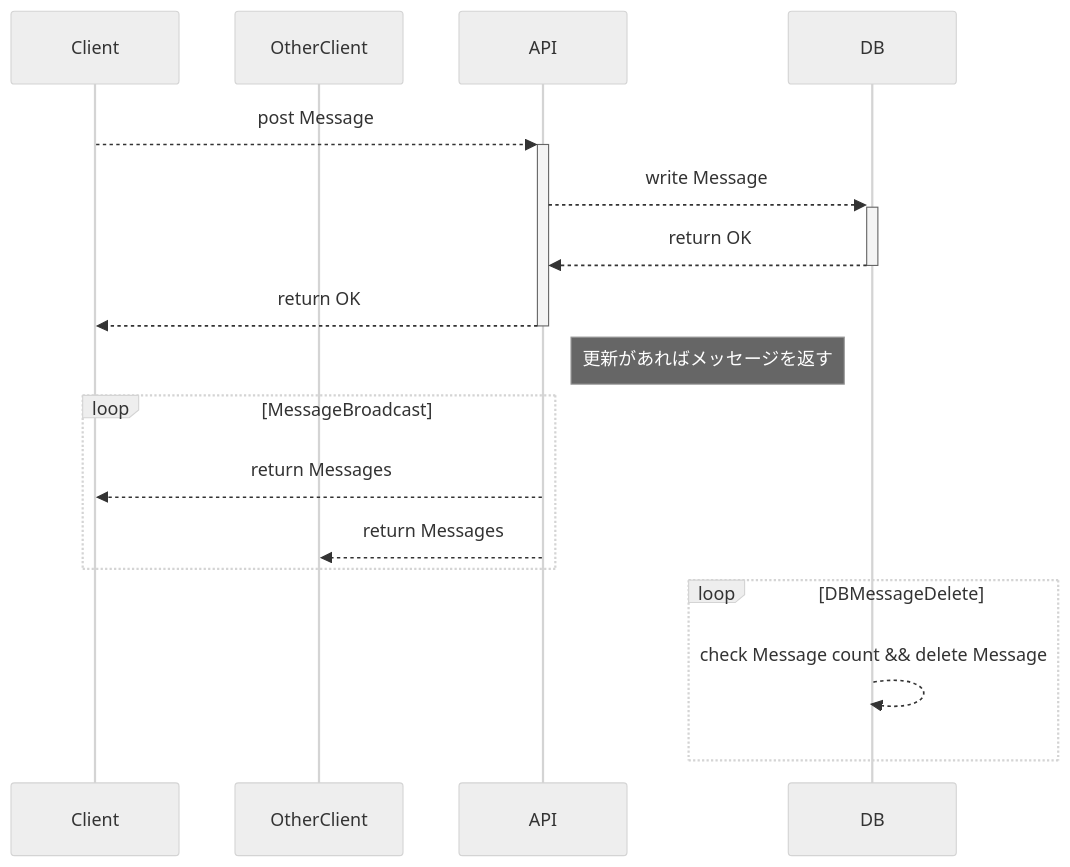
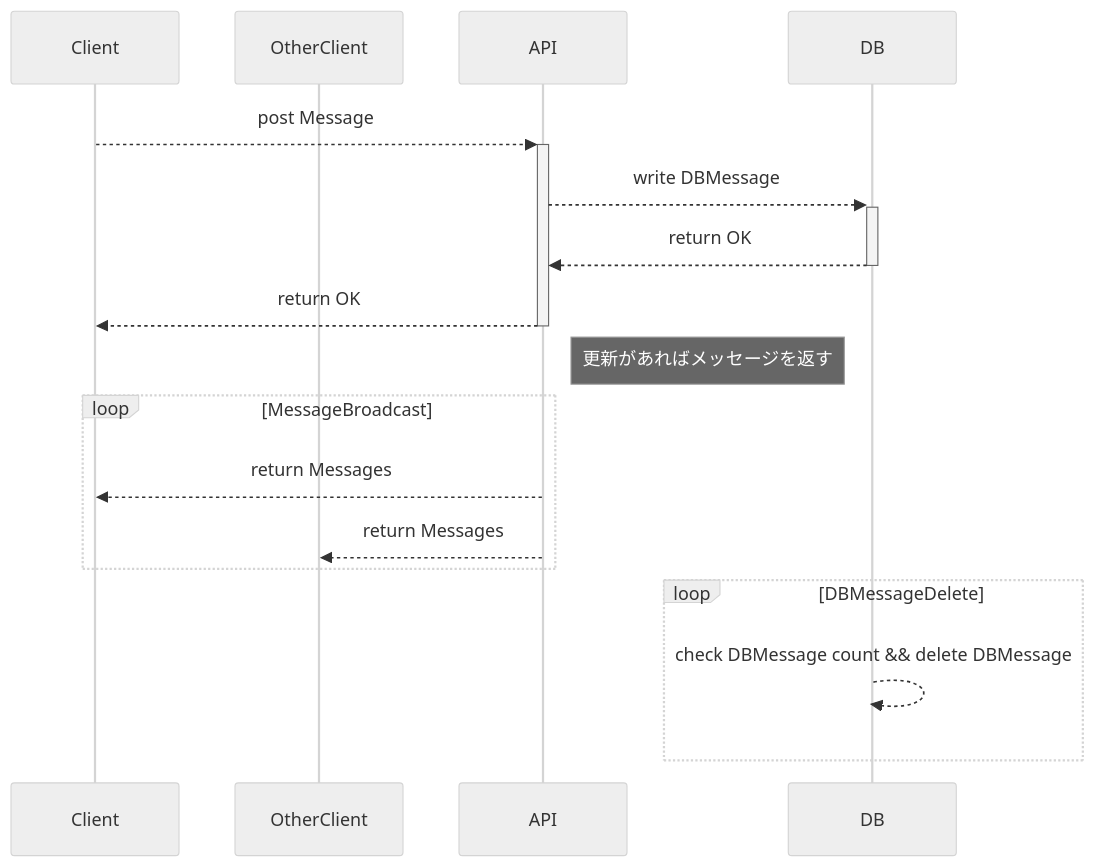
One commit to 85yago/go_small_chat changed the first of 2 diagrams in design.md. Above: the diagram before and after it, drawn with Mermaid (neutral theme). The commit also changed other lines of this file, not shown here.

````diff
--- a/design.md
+++ b/design.md
@@ -77,22 +128,22 @@
 ```mermaid
 sequenceDiagram
     participant C as Client
     participant OC as OtherClient
     participant S as API
     participant D as DB
 
     C-->>+S: post Message
-    S-->>+D: write Message
+    S-->>+D: write DBMessage
     D-->>-S: return OK
     S-->>-C: return OK
 
     Note right of S: 更新があればメッセージを返す
     loop MessageBroadcast
         S-->>C: return Messages
         S-->>OC: return Messages
     end
 
     loop DBMessageDelete
-        D-->>D: check Message count && delete Message
+        D-->>D: check DBMessage count && delete DBMessage
     end
 ```
````
